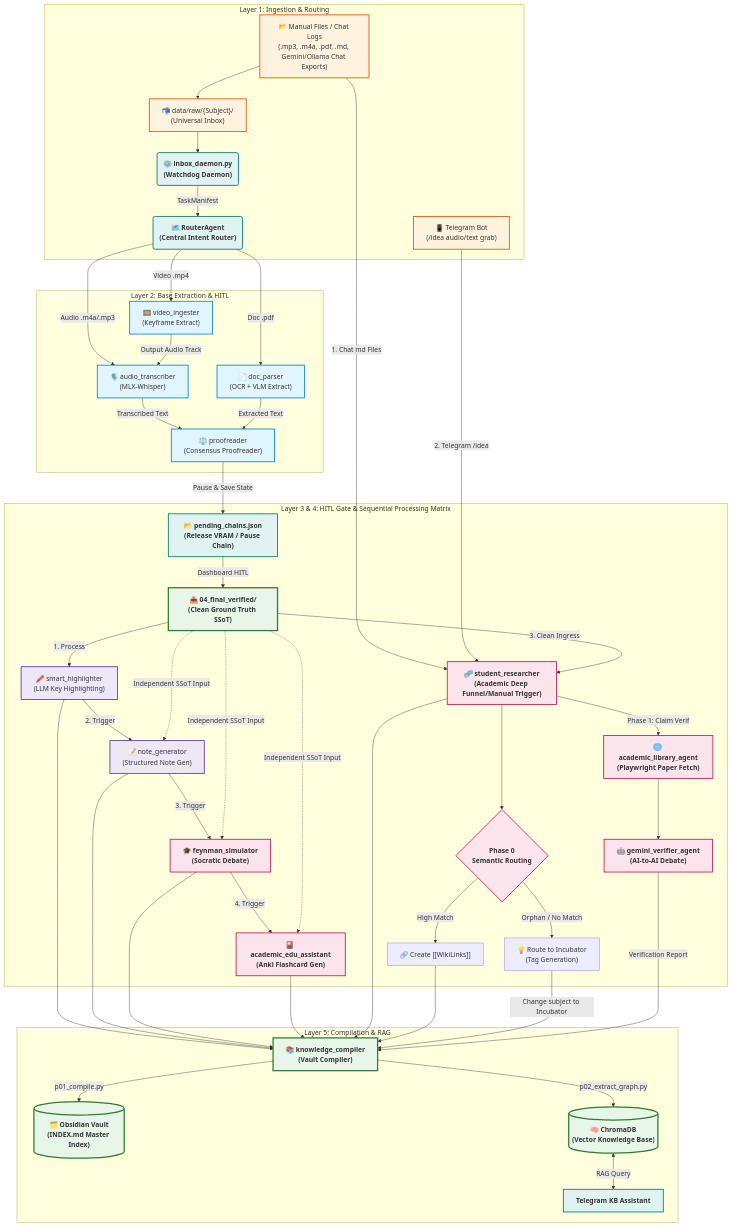
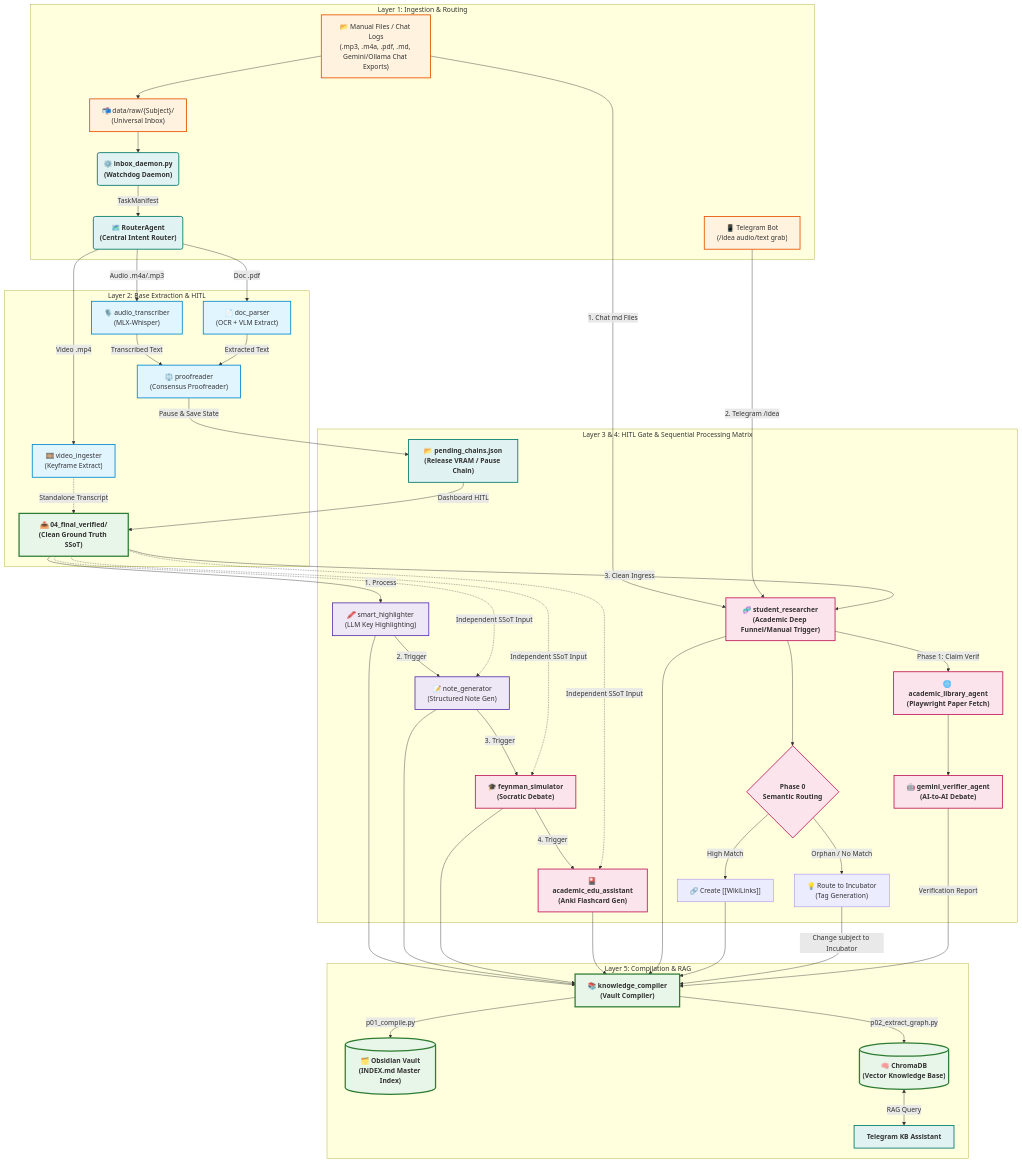
One commit to chinkunlim/local-workspace changed the diagram in docs/ARCHITECTURE.md. Above: the diagram before and after it, drawn with Mermaid. The commit also changed 21 other files, not shown here.

Commit message:
docs(global): complete V9.17 architecture documentation unification

````diff
--- a/docs/ARCHITECTURE.md
+++ b/docs/ARCHITECTURE.md
@@ -157,82 +157,82 @@
 ```mermaid
 graph TD
     classDef core fill:#e0f2f1,stroke:#00796b,stroke-width:2px,font-weight:bold;
     classDef input fill:#fff3e0,stroke:#e65100,stroke-width:2px;
     classDef parse fill:#e1f5fe,stroke:#0288d1,stroke-width:2px;
     classDef annot fill:#ede7f6,stroke:#5e35b1,stroke-width:2px;
     classDef synth fill:#fce4ec,stroke:#c2185b,stroke-width:2px,font-weight:bold;
     classDef vault fill:#e8f5e9,stroke:#2e7d32,stroke-width:3px,font-weight:bold;
 
     %% Layer 1: Ingestion
     subgraph L1["Layer 1: Ingestion & Routing"]
         In_File["📂 Manual Files / Chat Logs<br>(.mp3, .m4a, .pdf, .md, Gemini/Ollama Chat Exports)"]:::input
         In_TG["📱 Telegram Bot<br>(/idea audio/text grab)"]:::input
         Inbox["📬 data/raw/{Subject}/<br>(Universal Inbox)"]:::input
         
         In_File --> Inbox
         Daemon("⚙️ inbox_daemon.py<br>(Watchdog Daemon)"):::core
         Router("🗺️ RouterAgent<br>(Central Intent Router)"):::core
         
         Inbox --> Daemon
         Daemon -->|TaskManifest| Router
     end
 
     %% Layer 2: Base Extraction
     subgraph L2["Layer 2: Base Extraction & HITL"]
         Router -->|Video .mp4| S_VI["🎞️ video_ingester<br>(Keyframe Extract)"]:::parse
         Router -->|Audio .m4a/.mp3| S_AT["🎙️ audio_transcriber<br>(MLX-Whisper)"]:::parse
         Router -->|Doc .pdf| S_DP["📄 doc_parser<br>(OCR + VLM Extract)"]:::parse
         
-        S_VI -->|Output Audio Track| S_AT
+        S_VI -.->|Standalone Transcript| Verified
         S_AT -->|Transcribed Text| S_PR["⚖️ proofreader<br>(Consensus Proofreader)"]:::parse
         S_DP -->|Extracted Text| S_PR
     end
 
     %% Layer 3 & 4: HITL Gate & Sequential Processing Matrix
     subgraph L3_L4["Layer 3 & 4: HITL Gate & Sequential Processing Matrix"]
         S_PR -->|Pause & Save State| State["📂 pending_chains.json<br>(Release VRAM / Pause Chain)"]:::core
         State -->|Dashboard HITL| Verified["📤 04_final_verified/<br>(Clean Ground Truth SSoT)"]:::vault
         
         %% Sequential Shared-SSoT Processing
         Verified -->|1. Process| S_SH["🖍️ smart_highlighter<br>(LLM Key Highlighting)"]:::annot
         S_SH -->|2. Trigger| S_NG["📝 note_generator<br>(Structured Note Gen)"]:::annot
         S_NG -->|3. Trigger| S_FS["🎓 feynman_simulator<br>(Socratic Debate)"]:::synth
         S_FS -->|4. Trigger| S_AE["🎴 academic_edu_assistant<br>(Anki Flashcard Gen)"]:::synth
         
         Verified -.->|Independent SSoT Input| S_NG
         Verified -.->|Independent SSoT Input| S_FS
         Verified -.->|Independent SSoT Input| S_AE
 
         %% student_researcher Funnel routing
         In_File -->|1. Chat md Files| S_SR["🧬 student_researcher<br>(Academic Deep Funnel/Manual Trigger)"]:::synth
         In_TG -->|2. Telegram /idea| S_SR
         Verified -->|3. Clean Ingress| S_SR
         
         %% Academic Deep Extensions
         S_SR --> P0{"Phase 0<br>Semantic Routing"}:::synth
         P0 -->|High Match| P0_Link["🔗 Create [[WikiLinks]]"]
         P0 -->|Orphan / No Match| P0_Orphan["💡 Route to Incubator<br>(Tag Generation)"]
         
         S_SR -->|Phase 1: Claim Verif| S_AL["🌐 academic_library_agent<br>(Playwright Paper Fetch)"]:::synth
         S_AL --> S_GV["🤖 gemini_verifier_agent<br>(AI-to-AI Debate)"]:::synth
     end
 
     %% Layer 5: Compilation
     subgraph L5["Layer 5: Compilation & RAG"]
         S_SH --> S_KC["📚 knowledge_compiler<br>(Vault Compiler)"]:::vault
         S_NG --> S_KC
         S_FS --> S_KC
         S_AE --> S_KC
         S_SR --> S_KC
         P0_Link --> S_KC
         P0_Orphan -->|Change subject to Incubator| S_KC
         S_GV -->|Verification Report| S_KC
         
         S_KC -->|p01_compile.py| Vault[("🗂️ Obsidian Vault<br>(INDEX.md Master Index)")]:::vault
         S_KC -->|p02_extract_graph.py| ChromaDB[("🧠 ChromaDB<br>(Vector Knowledge Base)")]:::vault
         
         ChromaDB <-->|RAG Query| TG_KB["Telegram KB Assistant"]:::core
     end
 
     class Daemon,Router,State,TG_KB core;
 ```
````
